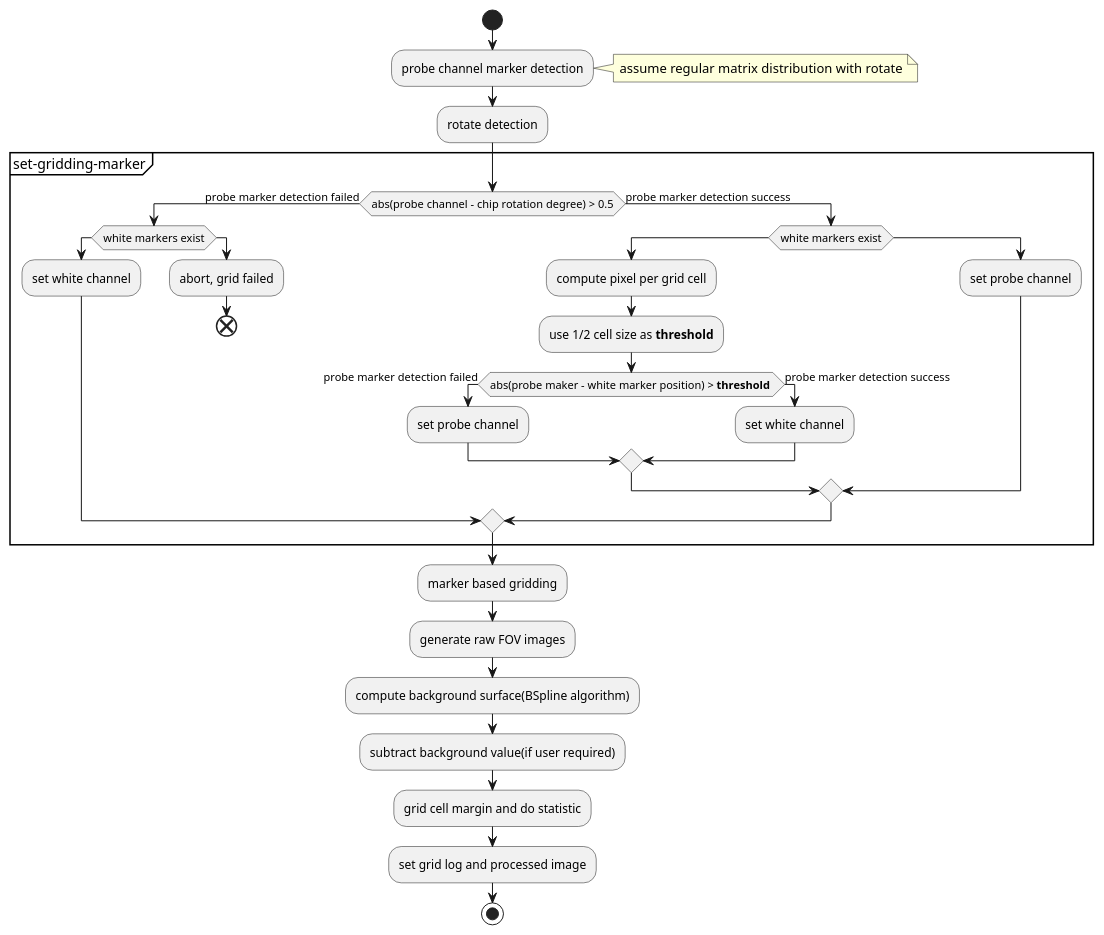
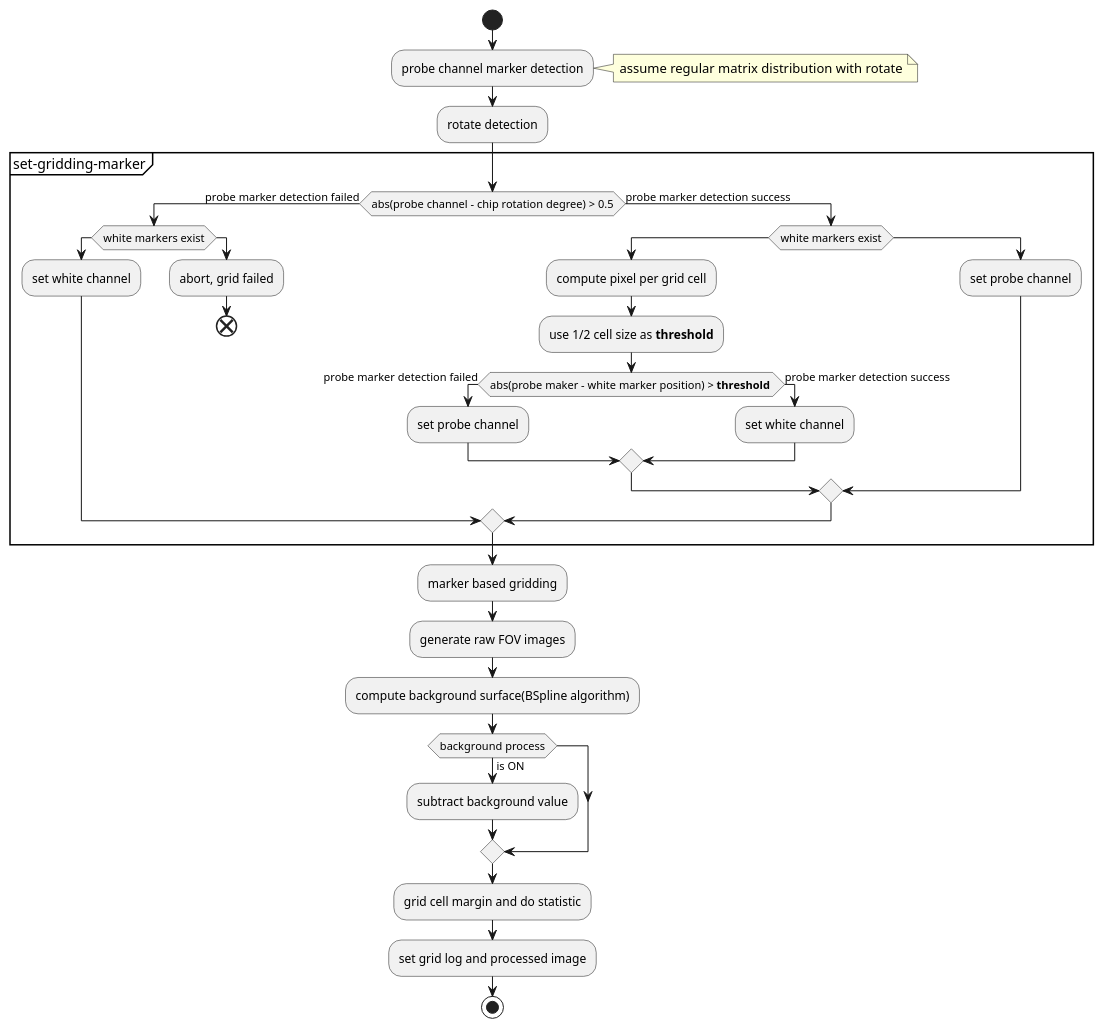
One commit to jeff665547/Project-Summit.Grid changed the fourth of 4 diagrams in doc/algorithm.md. Above: the diagram before and after it, drawn with PlantUML. The commit also changed other lines of this file and 12 other files, not shown here.

```diff
--- a/doc/algorithm.md
+++ b/doc/algorithm.md
@@ -98,38 +126,40 @@
-@startuml
+@startuml {fov-level-process.png}
 start
 :probe channel marker detection;
 note right
     assume regular matrix distribution with rotate
 end note
 :rotate detection;
 partition set-gridding-marker {
     if(abs(probe channel - chip rotation degree) > 0.5) then (probe marker detection failed)
         if(white markers exist) then
             :set white channel;
         else
             :abort, grid failed;
             end
         endif;
     else (probe marker detection success)
         if(white markers exist) then
             :compute pixel per grid cell;
             :use 1/2 cell size as **threshold**;
             if(abs(probe maker - white marker position) > **threshold** ) then (probe marker detection failed)
                 :set probe channel;
             else(probe marker detection success)
                 :set white channel;
             endif;
         else
             :set probe channel;
         endif;
     endif;
 }
 :marker based gridding;
 :generate raw FOV images;
 :compute background surface(BSpline algorithm);
-:subtract background value(if user required);
+if(background process) then (is ON)
+    :subtract background value;
+endif;
 :grid cell margin and do statistic;
 :set grid log and processed image;
 
 stop
 @enduml
```
